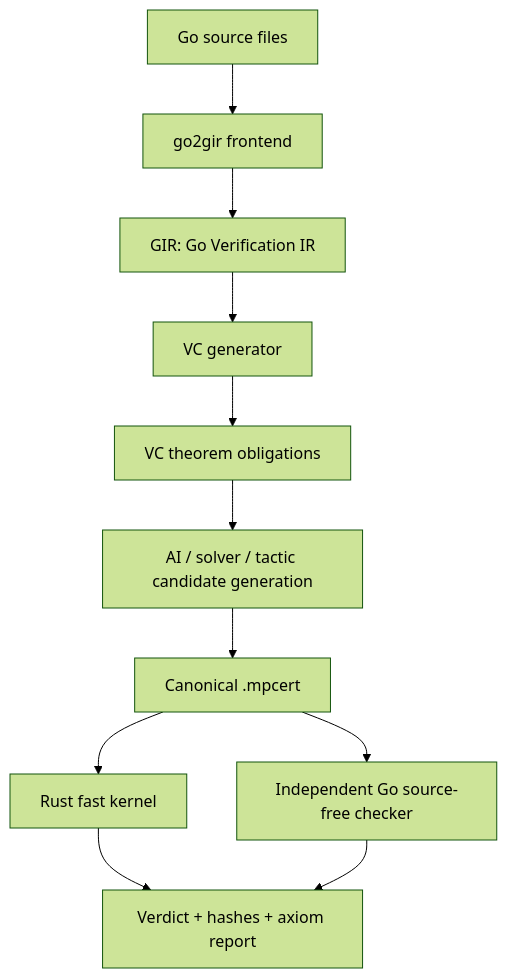
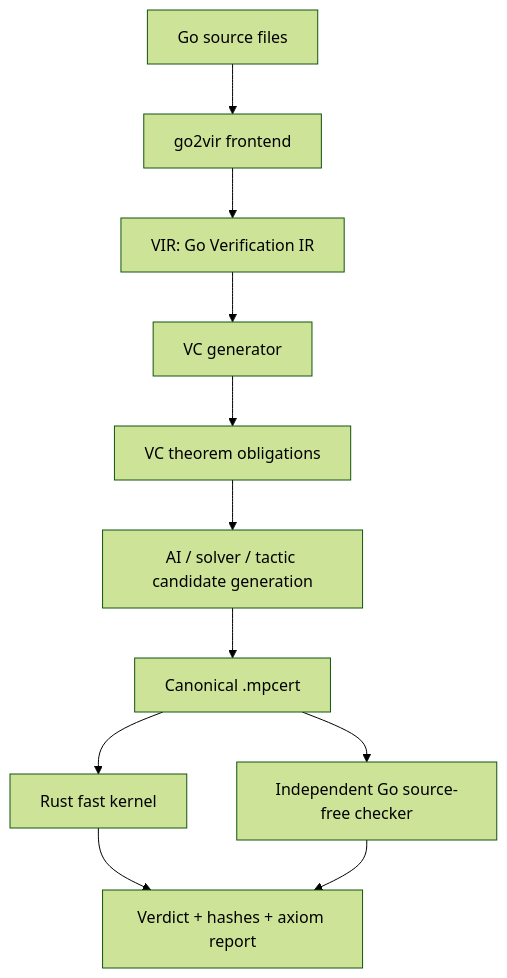
Before and after one commit to finitefield-org/mpk: the diagram in develop/docs/02_architecture.md, drawn with Mermaid (forest theme). The commit also changed other lines of this file and 337 other files, not shown here.

````diff
--- a/develop/docs/02_architecture.md
+++ b/develop/docs/02_architecture.md
@@ -11,13 +8,13 @@
 ```mermaid
 flowchart TD
-    A[Go source files] --> B[go2gir frontend]
-    B --> C[GIR: Go Verification IR]
+    A[Go source files] --> B[go2vir frontend]
+    B --> C[VIR: Go Verification IR]
     C --> D[VC generator]
     D --> E[VC theorem obligations]
     E --> F[AI / solver / tactic candidate generation]
     F --> G[Canonical .mpcert]
     G --> H[Rust fast kernel]
     G --> I[Independent Go source-free checker]
     H --> J[Verdict + hashes + axiom report]
     I --> J
 ```
````
